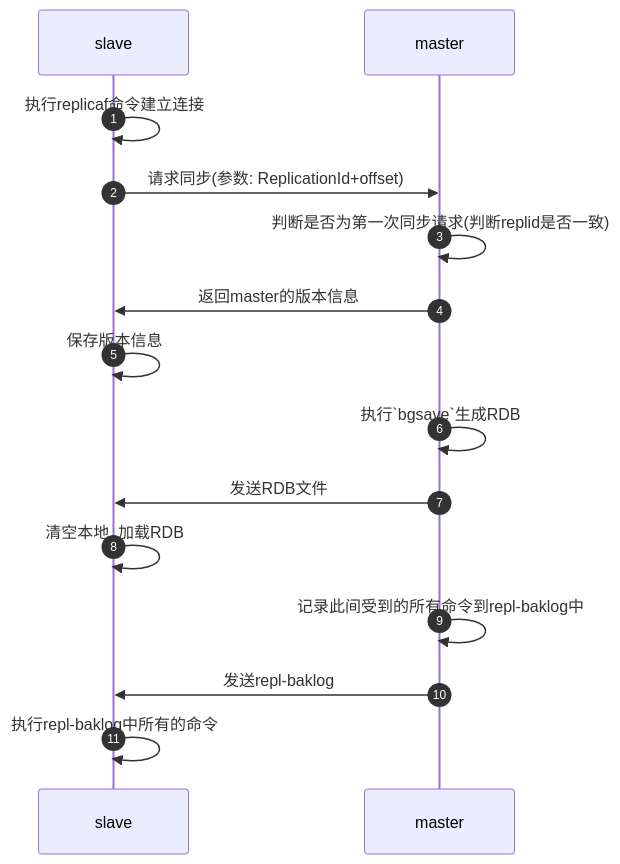
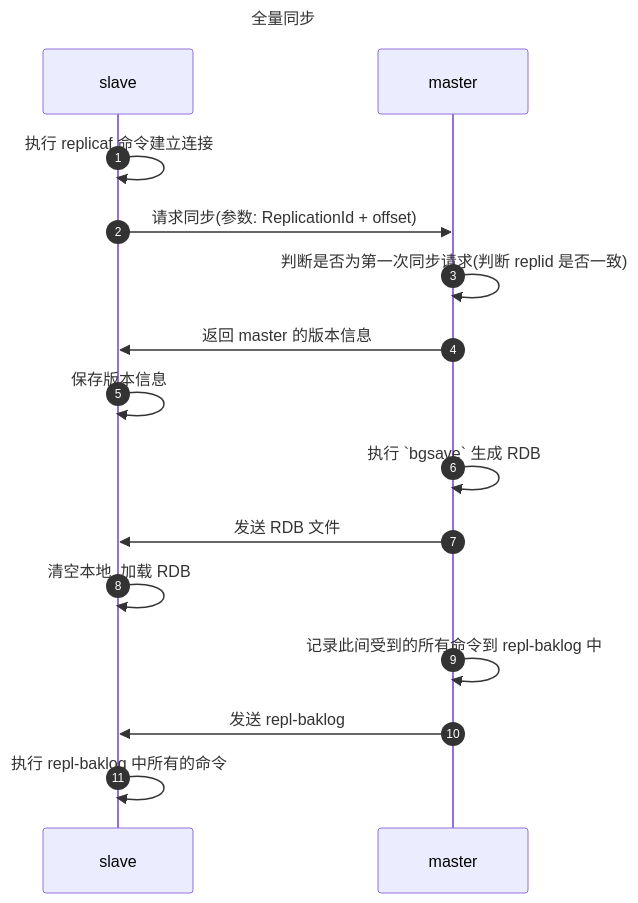
Before and after one commit to dingyuqi/keep-it-simple-site: the first of 2 diagrams in docs/1. 数据库/12.2024-09-04-Redis 详解.md, drawn with Mermaid. The commit also changed other lines of this file and 3 other files, not shown here.

````diff
--- a/docs/1. 数据库/12.2024-09-04-Redis 详解.md
+++ b/docs/1. 数据库/12.2024-09-04-Redis 详解.md
@@ -50,17 +55,20 @@
 ``` mermaid
+---
+title: 全量同步
+---
 sequenceDiagram
     autonumber
-    slave->>slave: 执行replicaf命令建立连接
-    slave->>master: 请求同步(参数: ReplicationId+offset)
-    master->>master: 判断是否为第一次同步请求(判断replid是否一致)
-    master->>slave: 返回master的版本信息
+    slave->>slave: 执行 replicaf 命令建立连接
+    slave->>master: 请求同步(参数: ReplicationId + offset)
+    master->>master: 判断是否为第一次同步请求(判断 replid 是否一致)
+    master->>slave: 返回 master 的版本信息
     slave->>slave: 保存版本信息
-    master->>master: 执行`bgsave`生成RDB
+    master->>master: 执行 `bgsave` 生成 RDB
 
-    master->>slave: 发送RDB文件
-    slave->>slave: 清空本地, 加载RDB
-    master->>master: 记录此间受到的所有命令到repl-baklog中
+    master->>slave: 发送 RDB 文件
+    slave->>slave: 清空本地, 加载 RDB
+    master->>master: 记录此间受到的所有命令到 repl-baklog 中
 
-    master->>slave: 发送repl-baklog
-    slave->>slave: 执行repl-baklog中所有的命令
+    master->>slave: 发送 repl-baklog
+    slave->>slave: 执行 repl-baklog 中所有的命令
 ```
````
